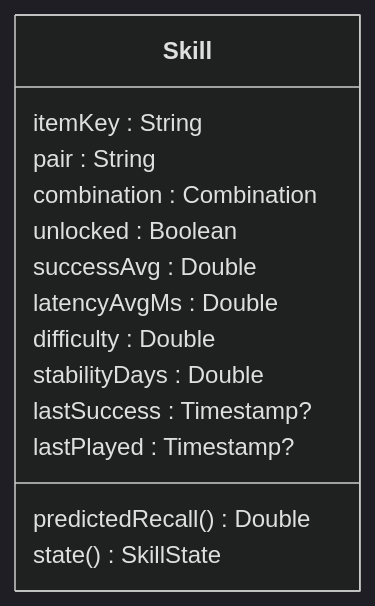
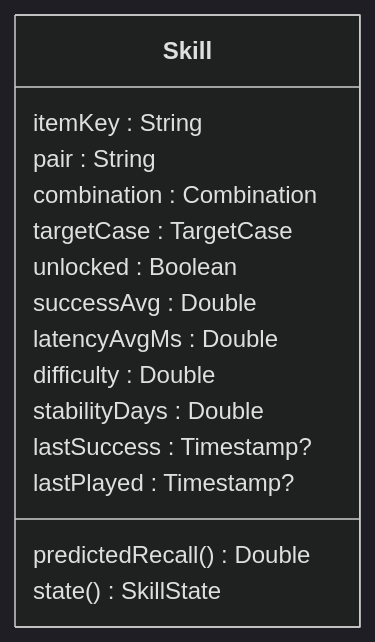
Before and after one commit to DeniseSkidmore/TappyLanguage: the fourth of 6 diagrams in docs/requirements/data-model.md, drawn with Mermaid (dark theme). The commit also changed other lines of this file and 5 other files, not shown here.

````diff
--- a/docs/requirements/data-model.md
+++ b/docs/requirements/data-model.md
@@ -111,17 +111,18 @@
 ```mermaid
 classDiagram
     class Skill {
         itemKey : String
         pair : String
         combination : Combination
+        targetCase : TargetCase
         unlocked : Boolean
         successAvg : Double
         latencyAvgMs : Double
         difficulty : Double
         stabilityDays : Double
         lastSuccess : Timestamp?
         lastPlayed : Timestamp?
         predictedRecall() Double
         state() SkillState
     }
 ```
````
